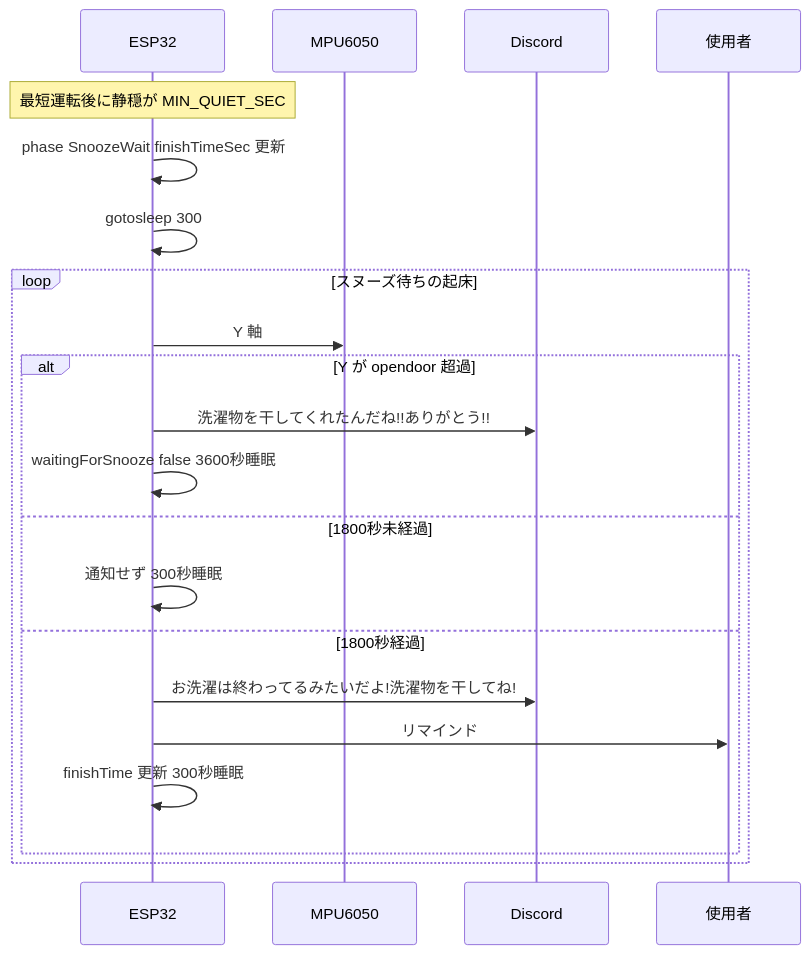
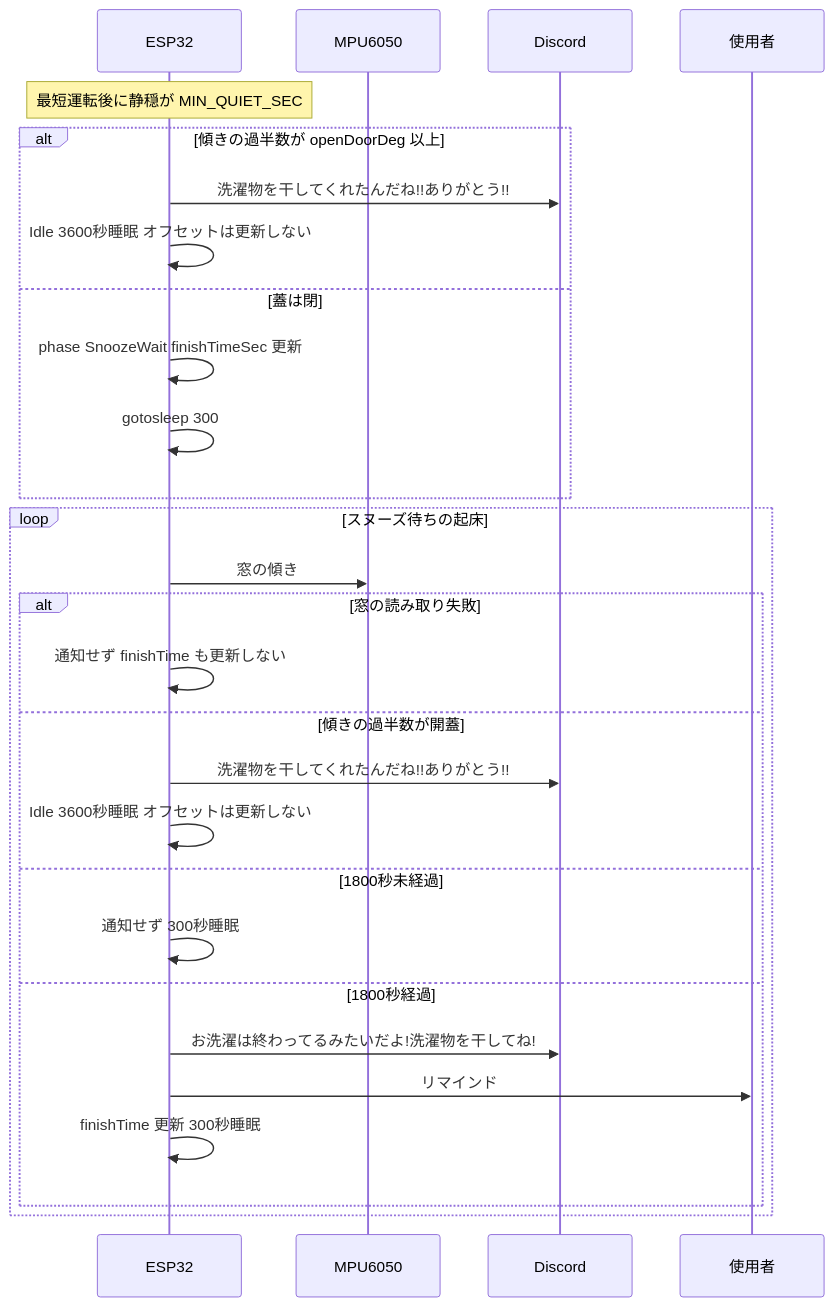
The fourth of 5 diagrams in docs/README.md (ayappy-mugicha/washing-machine-sensor-for-ESP), drawn with Mermaid before and after one commit. The commit also changed other lines of this file and 8 other files, not shown here.

````diff
--- a/docs/README.md
+++ b/docs/README.md
@@ -213,24 +215,31 @@
 ```mermaid
 sequenceDiagram
   participant ESP as ESP32
   participant MPU as MPU6050
   participant Discord as Discord
   participant User as 使用者
 
   Note over ESP: 最短運転後に静穏が MIN_QUIET_SEC
-  ESP->>ESP: phase SnoozeWait finishTimeSec 更新
-  ESP->>ESP: gotosleep 300
+  alt 傾きの過半数が openDoorDeg 以上
+    ESP->>Discord: 洗濯物を干してくれたんだね!!ありがとう!!
+    ESP->>ESP: Idle 3600秒睡眠 オフセットは更新しない
+  else 蓋は閉
+    ESP->>ESP: phase SnoozeWait finishTimeSec 更新
+    ESP->>ESP: gotosleep 300
+  end
   loop スヌーズ待ちの起床
-    ESP->>MPU: Y 軸
-    alt Y が opendoor 超過
+    ESP->>MPU: 窓の傾き
+    alt 窓の読み取り失敗
+      ESP->>ESP: 通知せず finishTime も更新しない
+    else 傾きの過半数が開蓋
       ESP->>Discord: 洗濯物を干してくれたんだね!!ありがとう!!
-      ESP->>ESP: waitingForSnooze false 3600秒睡眠
+      ESP->>ESP: Idle 3600秒睡眠 オフセットは更新しない
     else 1800秒未経過
       ESP->>ESP: 通知せず 300秒睡眠
     else 1800秒経過
       ESP->>Discord: お洗濯は終わってるみたいだよ!洗濯物を干してね!
       ESP->>User: リマインド
       ESP->>ESP: finishTime 更新 300秒睡眠
     end
   end
 ```
````
